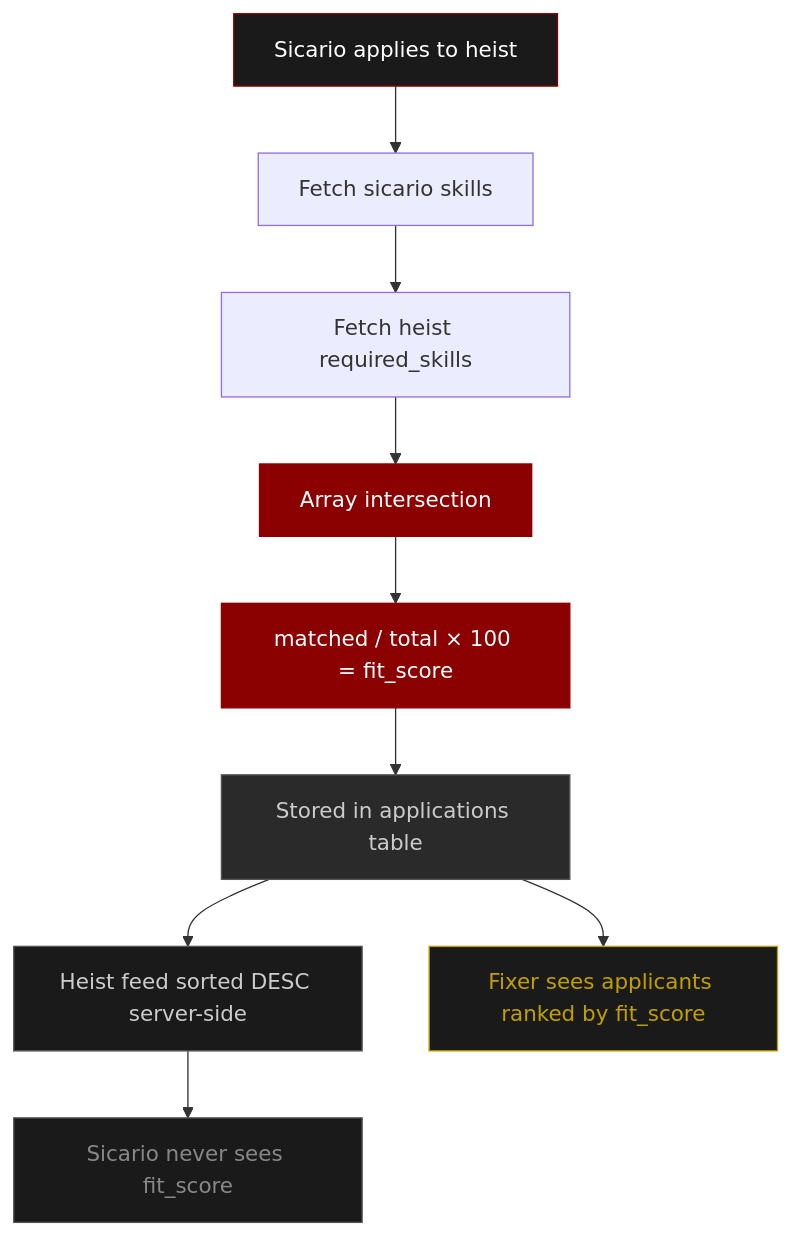
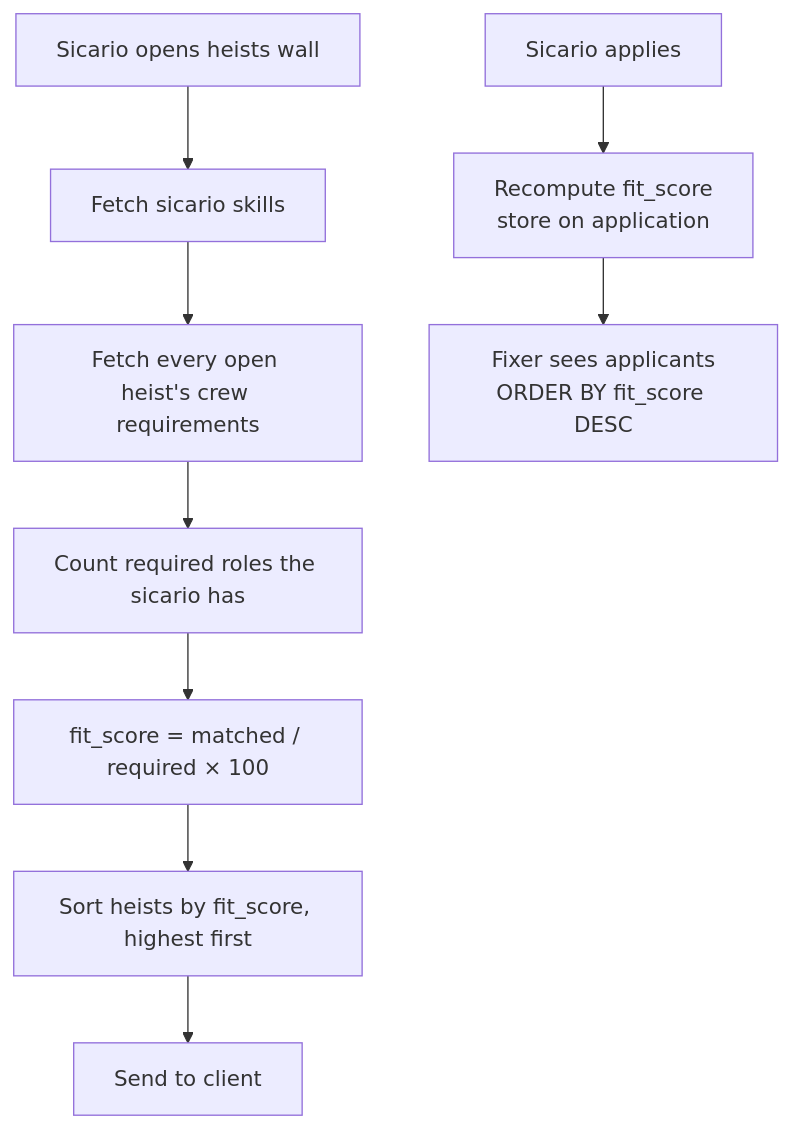
The second of 3 diagrams in README.md (ArushJain-697/Hacknite), drawn with Mermaid before and after one commit. The commit also changed other lines of this file and 3 other files, not shown here.

````diff
--- a/README.md
+++ b/README.md
@@ -43,19 +95,11 @@
 ```mermaid
 flowchart TD
-    A[Sicario applies to heist] --> B[Fetch sicario skills]
-    B --> C[Fetch heist required_skills]
-    C --> D[Array intersection]
-    D --> E[matched / total × 100 = fit_score]
-    E --> F[Stored in applications table]
-    F --> G[Heist feed sorted DESC server-side]
-    F --> H[Fixer sees applicants ranked by fit_score]
-    G --> I[Sicario never sees fit_score]
-
-    style A fill:#1a1a1a,stroke:#8B0000,color:#fff
-    style D fill:#8B0000,stroke:#8B0000,color:#fff
-    style E fill:#8B0000,stroke:#8B0000,color:#fff
-    style F fill:#2a2a2a,stroke:#555,color:#ccc
-    style G fill:#1a1a1a,stroke:#555,color:#ccc
-    style H fill:#1a1a1a,stroke:#c0a000,color:#c0a000
-    style I fill:#1a1a1a,stroke:#555,color:#888
+    A[Sicario opens heists wall] --> B[Fetch sicario skills]
+    B --> C[Fetch every open heist's crew requirements]
+    C --> D[Count required roles the sicario has]
+    D --> E[fit_score = matched / required × 100]
+    E --> F[Sort heists by fit_score, highest first]
+    F --> G[Send to client]
+    H[Sicario applies] --> I[Recompute fit_score<br/>store on application]
+    I --> J[Fixer sees applicants<br/>ORDER BY fit_score DESC]
 ```
````
